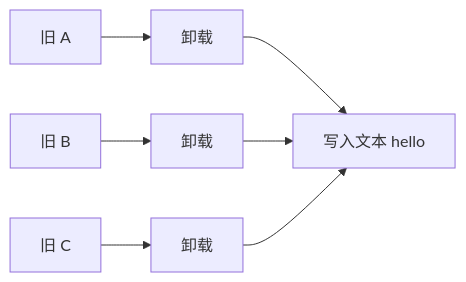
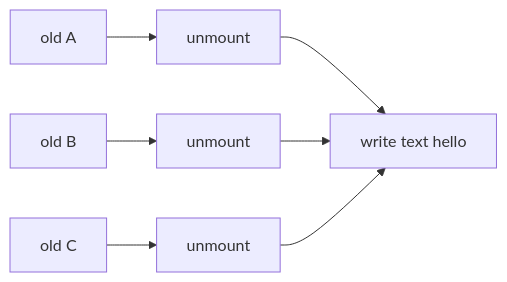
Before and after one commit to Tajigaqzh/front_basic: the sixth of 17 diagrams in docs/vue/source/runtime-core/diff-algorithm-interview.md, drawn with Mermaid. The commit also changed other lines of this file and 11 other files, not shown here.

````diff
--- a/docs/vue/source/runtime-core/diff-algorithm-interview.md
+++ b/docs/vue/source/runtime-core/diff-algorithm-interview.md
@@ -267,9 +267,9 @@
 ```mermaid
 flowchart LR
-  O1[旧 A] --> U1[卸载]
-  O2[旧 B] --> U2[卸载]
-  O3[旧 C] --> U3[卸载]
-  U1 --> T[写入文本 hello]
+  O1["old A"] --> U1["unmount"]
+  O2["old B"] --> U2["unmount"]
+  O3["old C"] --> U3["unmount"]
+  U1 --> T["write text hello"]
   U2 --> T
   U3 --> T
 ```
````
